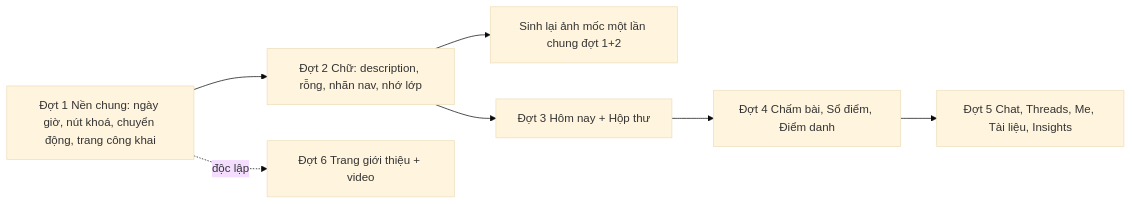
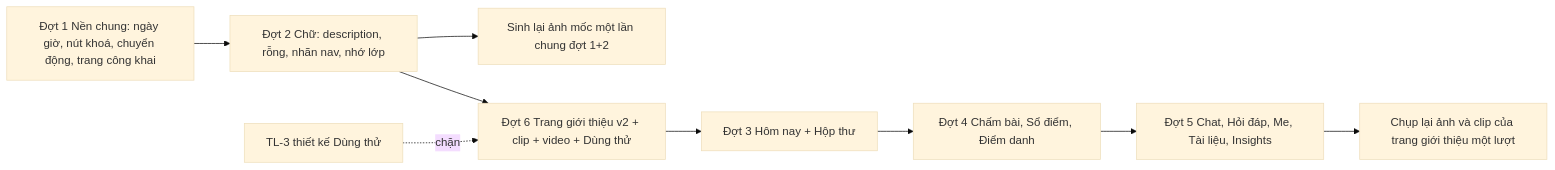
One commit to kagamikuro1024/EduPilot-v2 changed the diagram in docs/specs/FEAT-uiux-91/SRS.md. Above: the diagram before and after it, drawn with Mermaid (base theme). The commit also changed other lines of this file and 3 other files, not shown here.

Commit message:
sprint 9.1: BA chốt spec FEAT-uiux-91 APPROVED (trừ US-22 Dùng thử DRAFT chờ TL-3); trang giới thiệu v2; thứ tự đợt; DESIGN.md §2 §11 §11.1 §14.x

````diff
--- a/docs/specs/FEAT-uiux-91/SRS.md
+++ b/docs/specs/FEAT-uiux-91/SRS.md
@@ -32,9 +33,11 @@
 ```mermaid
 flowchart LR
   D1[Đợt 1 Nền chung: ngày giờ, nút khoá, chuyển động, trang công khai] --> D2[Đợt 2 Chữ: description, rỗng, nhãn nav, nhớ lớp]
   D2 --> SNAP[Sinh lại ảnh mốc một lần chung đợt 1+2]
-  D2 --> D3[Đợt 3 Hôm nay + Hộp thư]
+  D2 --> D6[Đợt 6 Trang giới thiệu v2 + clip + video + Dùng thử]
+  D6 --> D3[Đợt 3 Hôm nay + Hộp thư]
   D3 --> D4[Đợt 4 Chấm bài, Sổ điểm, Điểm danh]
-  D4 --> D5[Đợt 5 Chat, Threads, Me, Tài liệu, Insights]
-  D1 -.độc lập.-> D6[Đợt 6 Trang giới thiệu + video]
+  D4 --> D5[Đợt 5 Chat, Hỏi đáp, Me, Tài liệu, Insights]
+  D5 --> RESHOOT[Chụp lại ảnh và clip của trang giới thiệu một lượt]
+  TL3[TL-3 thiết kế Dùng thử] -.chặn.-> D6
 ```
````
